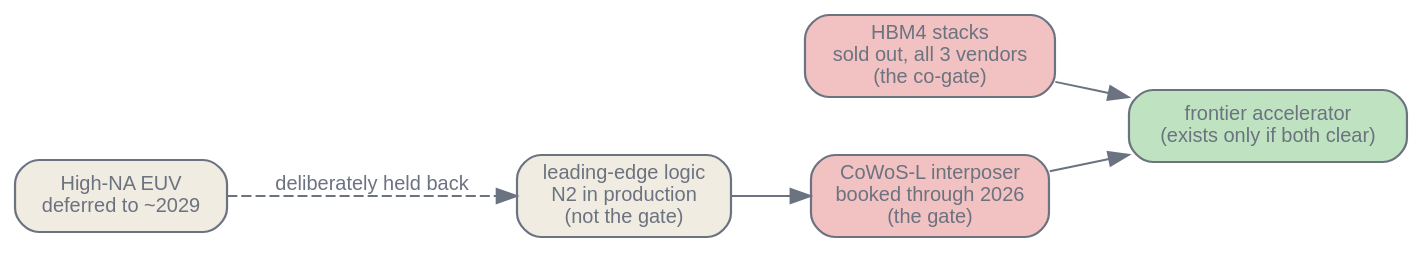
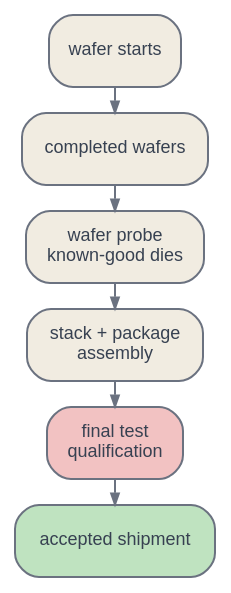
One commit to latere-ai/ai-as-an-infrastructure changed the second of 4 diagrams in en/infrastructure/06-making-the-silicon.qmd. Above: the diagram before and after it, drawn with Graphviz. The commit also changed other lines of this file and 3 other files, not shown here.

Commit message:
docs: rewrite making the silicon

````diff
--- a/en/infrastructure/06-making-the-silicon.qmd
+++ b/en/infrastructure/06-making-the-silicon.qmd
@@ -51,20 +145,18 @@
 ```{dot}
-//| label: fig-making-silicon-gate
-//| fig-cap: "Where the gate sits in 2026. Leading-edge logic is no longer the binding step; advanced packaging and HBM supply are, and a frontier accelerator exists only when both clear at once. The lithography frontier (High-NA EUV) is deliberately held back."
-digraph {
+//| label: fig-making-silicon-flow
+//| fig-cap: "The manufacturing and test boundaries behind one shipment. Inventory and yield can be measured at every transition."
+digraph flow {
   bgcolor="transparent";
-  rankdir=LR;
-  nodesep=0.4; ranksep=0.5;
-  node [shape=box, style="rounded,filled", fontname="Helvetica", fontsize=10, color="#6b7280", fontcolor="#6b7280", fillcolor="#f1ece1", penwidth=1.1];
-  edge [fontsize=10, fontname="Helvetica", color="#6b7280", fontcolor="#6b7280"];
-
-  fab [label="leading-edge logic\nN2 in production\n(not the gate)"];
-  pkg [label="CoWoS-L interposer\nbooked through 2026\n(the gate)", fillcolor="#f2c2c2"];
-  hbm [label="HBM4 stacks\nsold out, all 3 vendors\n(the co-gate)", fillcolor="#f2c2c2"];
-  acc [label="frontier accelerator\n(exists only if both clear)", fillcolor="#bfe3c0"];
-  highna [label="High-NA EUV\ndeferred to ~2029"];
-  fab -> pkg -> acc;
-  hbm -> acc;
-  highna -> fab [style=dashed, label="deliberately held back"];
+  rankdir=TB;
+  nodesep=0.12; ranksep=0.18;
+  node [shape=box, style="rounded,filled", fontname="Helvetica", fontsize=9, margin="0.08,0.04", color="#6b7280", fontcolor="#374151", fillcolor="#f1ece1"];
+  edge [color="#6b7280", arrowsize=0.55];
+  start [label="wafer starts"];
+  fab [label="completed wafers"];
+  probe [label="wafer probe\nknown-good dies"];
+  assemble [label="stack + package\nassembly"];
+  final [label="final test\nqualification", fillcolor="#f2c2c2"];
+  ship [label="accepted shipment", fillcolor="#bfe3c0"];
+  start -> fab -> probe -> assemble -> final -> ship;
 }
 ```
````
